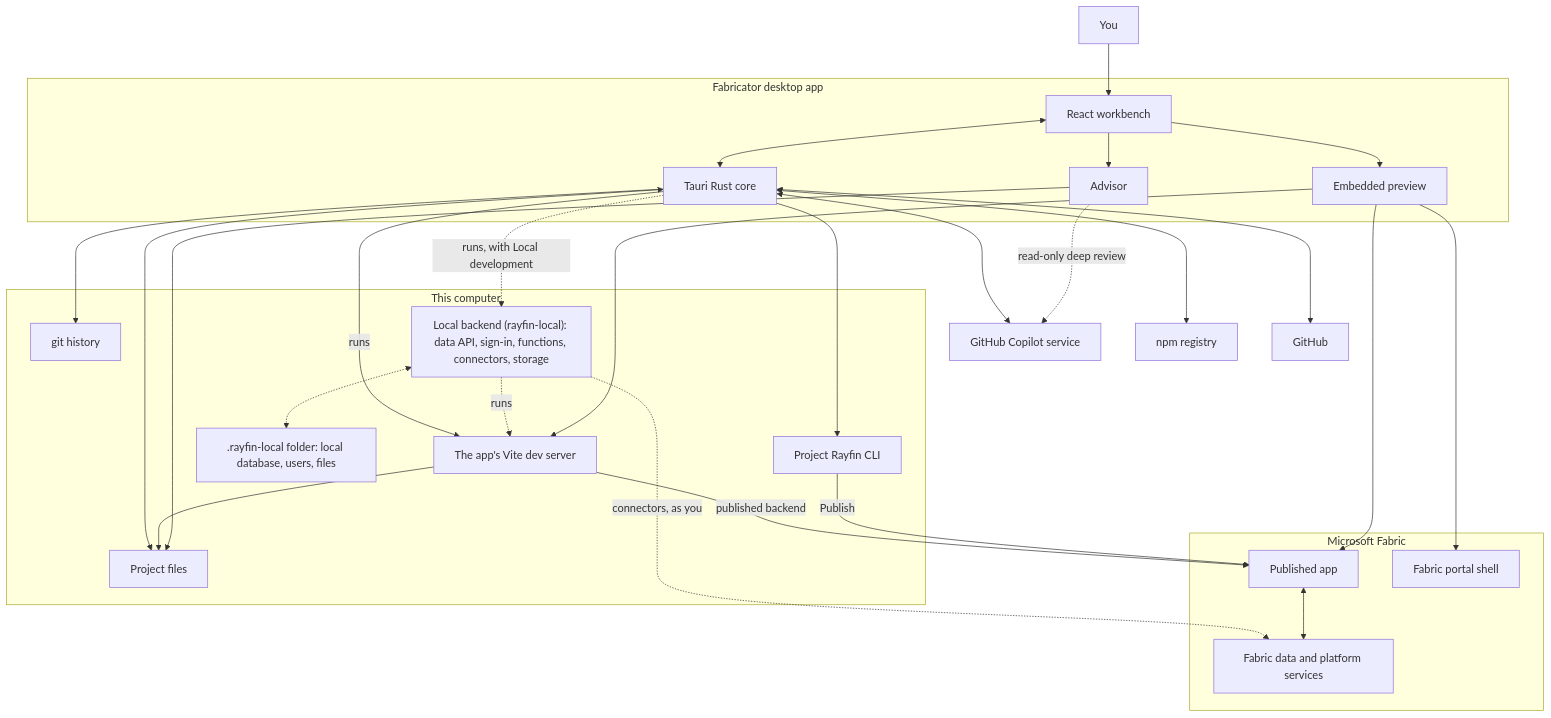
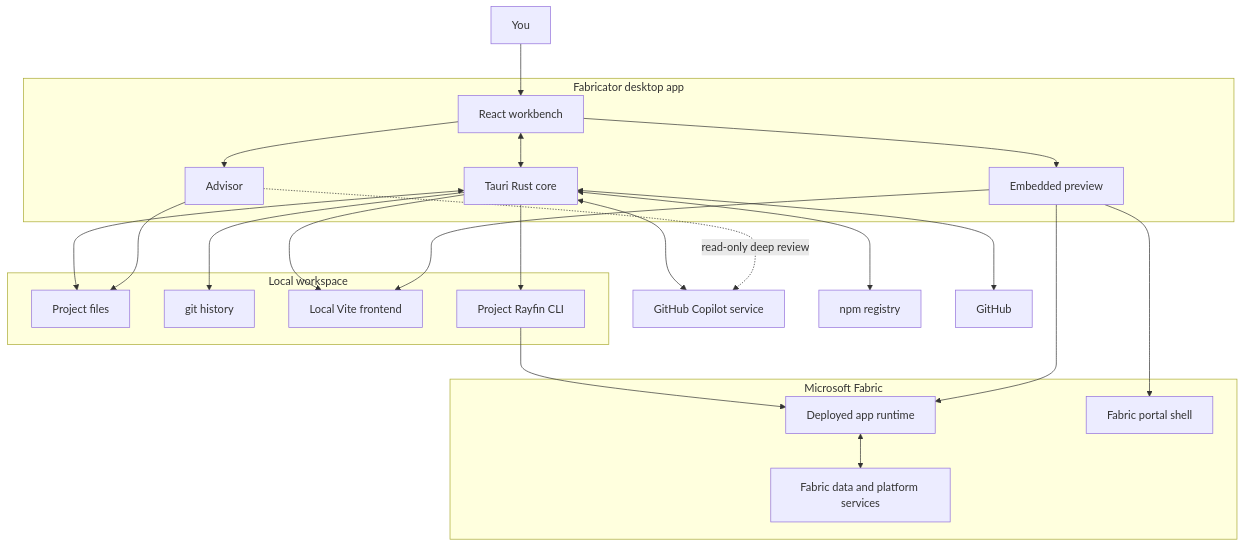
The diagram in website/content/docs/reference/how-it-works.mdx (spatney/rayfin-fabricator), drawn with Mermaid before and after one commit. The commit also changed other lines of this file and 93 other files, not shown here.

First line of the commit message:
Hold the docs for Local development until it's released

````diff
--- a/website/content/docs/reference/how-it-works.mdx
+++ b/website/content/docs/reference/how-it-works.mdx
@@ -56,63 +34,53 @@
 ```mermaid
 flowchart TD
   User["You"]
 
   subgraph Desktop["Fabricator desktop app"]
     UI["React workbench"]
     Core["Tauri Rust core"]
     Preview["Embedded preview"]
     Advisor["Advisor"]
   end
 
-  subgraph Computer["This computer"]
+  subgraph Local["Local workspace"]
     Files["Project files"]
     Git["git history"]
-    Vite["The app's Vite dev server"]
+    Vite["Local Vite frontend"]
     RayfinCli["Project Rayfin CLI"]
-    Backend["Local backend (rayfin-local): data API, sign-in, functions, connectors, storage"]
-    LocalData[".rayfin-local folder: local database, users, files"]
   end
 
   Copilot["GitHub Copilot service"]
   Npm["npm registry"]
   GitHub["GitHub"]
 
   subgraph Fabric["Microsoft Fabric"]
-    Runtime["Published app"]
+    Runtime["Deployed app runtime"]
     Data["Fabric data and platform services"]
     Portal["Fabric portal shell"]
   end
 
   User --> UI
   UI <--> Core
   UI --> Preview
   UI --> Advisor
   Core <--> Files
   Core --> Git
+  Core --> Vite
   Core --> RayfinCli
   Core <--> Copilot
   Core <--> GitHub
   Core <--> Npm
-  Core -- "runs" --> Vite
-  Core -. "runs, with Local development" .-> Backend
-  Backend -. "runs" .-> Vite
-  Backend <-.-> LocalData
-  Backend -. "connectors, as you" .-> Data
-  Vite --> Files
-  Vite -- "published backend" --> Runtime
+  RayfinCli --> Runtime
+  Runtime <--> Data
   Preview --> Vite
   Preview --> Runtime
   Preview --> Portal
-  RayfinCli -- "Publish" --> Runtime
-  Runtime <--> Data
   Advisor --> Files
   Advisor -. "read-only deep review" .-> Copilot
 
   class User actor
   class UI,Core,Preview,Advisor service
-  class Vite service
-  class Files,Git,RayfinCli store
-  class Backend,LocalData experimental
+  class Files,Git,Vite,RayfinCli store
   class Copilot,Npm,GitHub external
   class Runtime,Data,Portal external
 ```
````
